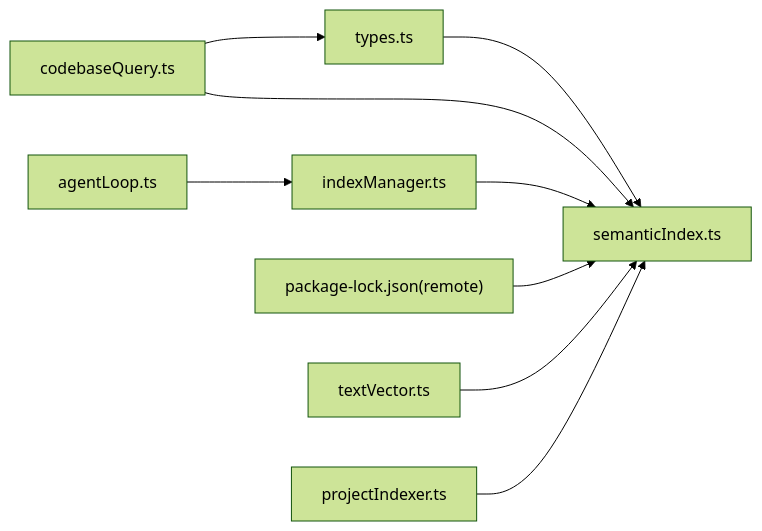
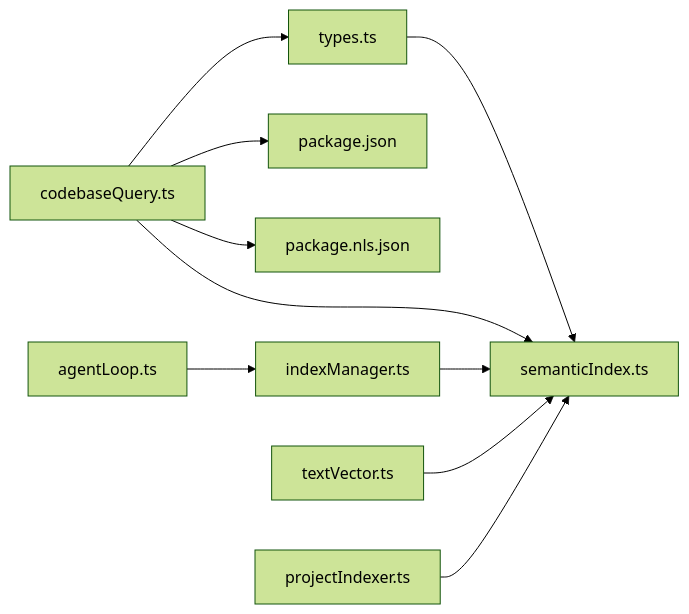
Before and after one commit to sofate798/KodrixCode: the eighth of 8 diagrams in .qoder/repowiki/zh/content/架构设计/代码库智能架构/语义索引构建.md, drawn with Mermaid (forest theme). The commit also changed other lines of this file and 6 other files, not shown here.

````diff
--- a/.qoder/repowiki/zh/content/架构设计/代码库智能架构/语义索引构建.md
+++ b/.qoder/repowiki/zh/content/架构设计/代码库智能架构/语义索引构建.md
@@ -361,11 +534,12 @@
 ```mermaid
 graph LR
 Types["types.ts"] --> Semantic["semanticIndex.ts"]
 Query["codebaseQuery.ts"] --> Semantic
 Query --> Types
+Query --> Package["package.json"]
+Query --> NLS["package.nls.json"]
 Manager["indexManager.ts"] --> Semantic
 Loop["agentLoop.ts"] --> Manager
-Parser["package-lock.json(remote)"] --> Semantic
 Utils["textVector.ts"] --> Semantic
 Project["projectIndexer.ts"] --> Semantic
 ```
````
